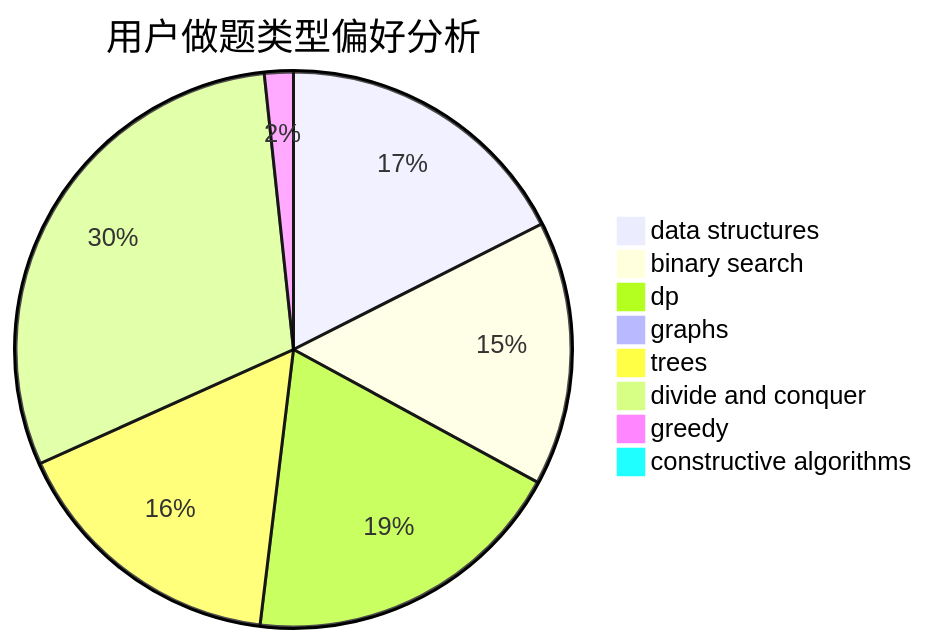
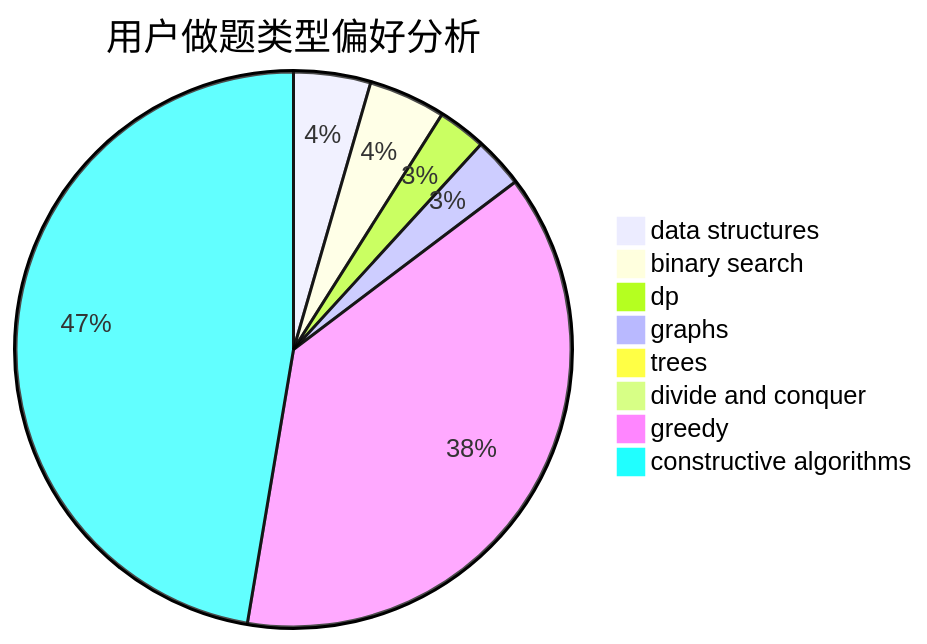
The second of 3 diagrams in docs/user/u326.md (sherpahu/cfrs.github.io), drawn with Mermaid before and after one commit. The commit also changed other lines of this file and 2770 other files, not shown here.

````diff
--- a/docs/user/u326.md
+++ b/docs/user/u326.md
@@ -23,11 +23,11 @@
 ```mermaid
 pie title 用户做题类型偏好分析
-    "data structures" :  73
-    "binary search" :  64
-    "dp" :  79
-    "graphs" :  0
-    "trees" :  68
-    "divide and conquer" :  125
-    "greedy" :  7
-    "constructive algorithms" :  3
+    "data structures" :  43
+    "binary search" :  43
+    "dp" :  27
+    "graphs" :  28
+    "trees" :  4
+    "divide and conquer" :  0
+    "greedy" :  364
+    "constructive algorithms" :  454
 ```
````
